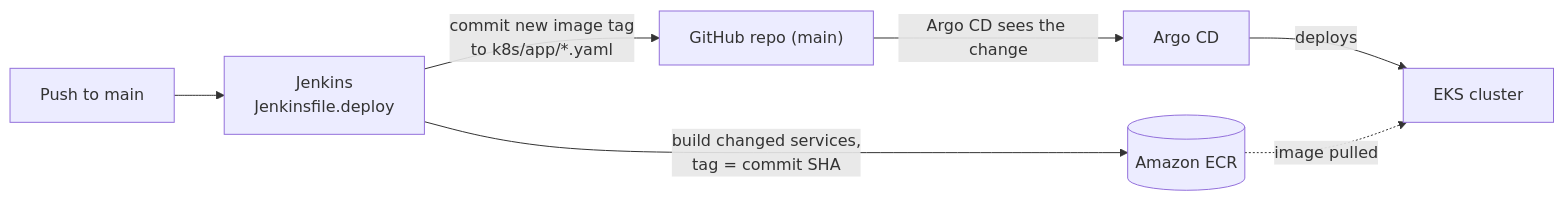
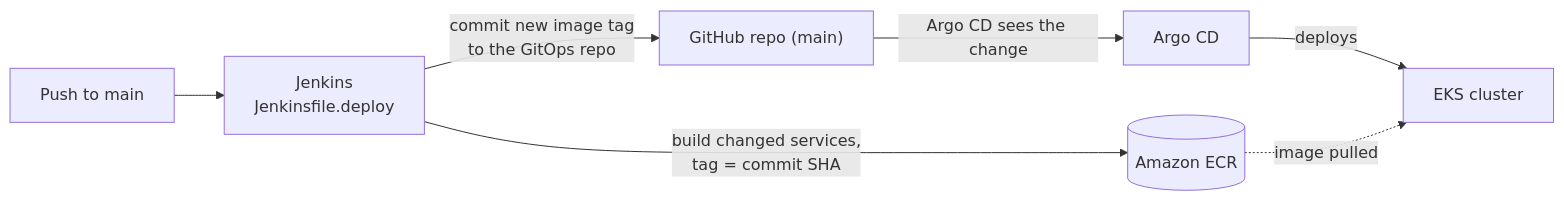
The fifth of 6 diagrams in jenkins/images/SETUP_GUIDE.md (Wicky2001/eks-todo-jenkins), drawn with Mermaid before and after one commit. The commit also changed 9 other files, not shown here.

````diff
--- a/jenkins/images/SETUP_GUIDE.md
+++ b/jenkins/images/SETUP_GUIDE.md
@@ -136,9 +136,9 @@
 ```mermaid
 flowchart LR
     push["Push to main"] --> jenkins["Jenkins<br/>Jenkinsfile.deploy"]
     jenkins -->|"build changed services,<br/>tag = commit SHA"| ecr[("Amazon ECR")]
-    jenkins -->|"commit new image tag<br/>to k8s/app/*.yaml"| repo["GitHub repo (main)"]
+    jenkins -->|"commit new image tag<br/>to the GitOps repo"| repo["GitHub repo (main)"]
     repo -->|"Argo CD sees the change"| argo["Argo CD"]
     argo -->|"deploys"| eks["EKS cluster"]
     ecr -.->|"image pulled"| eks
 ```
````
